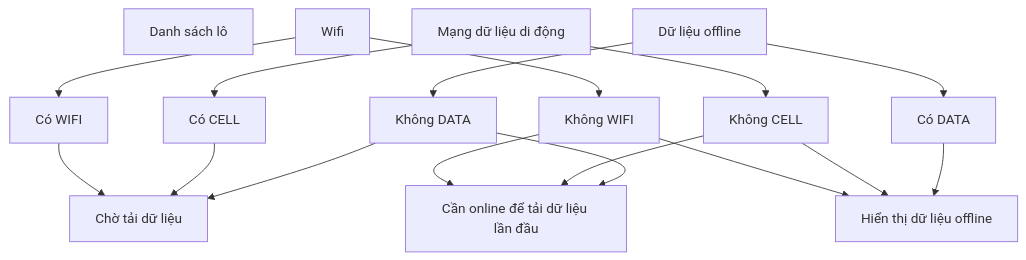
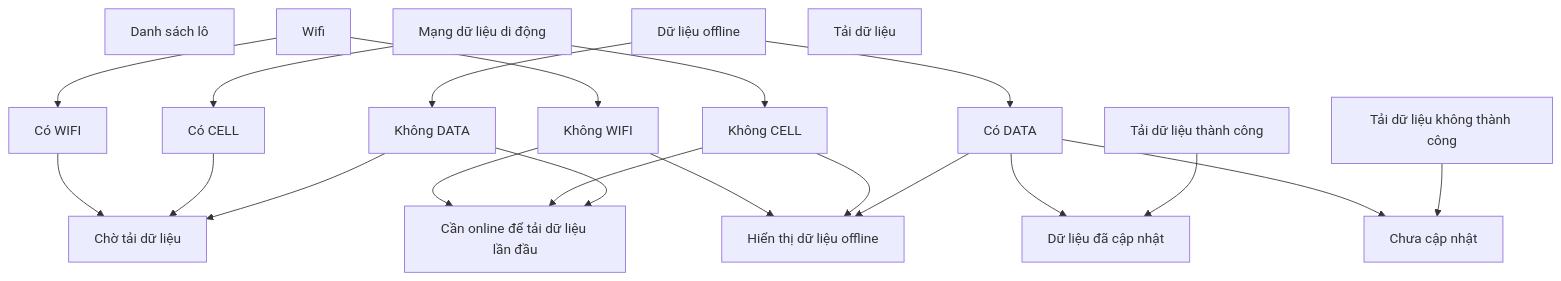
Before and after one commit to trethanhphat/tre-thanh-phat-pwa-docs: the diagram in docs/batches-flow.md, drawn with Mermaid.

````diff
--- a/docs/batches-flow.md
+++ b/docs/batches-flow.md
@@ -1,41 +1,52 @@
 ```mermaid
 flowchart TD
 A["Danh sách lô"]
 CELL["Mạng dữ liệu di động"]
 
 CELL --> CELL-Y["Có CELL"]
 CELL --> CELL-N["Không CELL"]
 
 WIFI["Wifi"]
 
 WIFI --> WIFI-Y["Có WIFI"]
 WIFI --> WIFI-N["Không WIFI"]
 
 DATA["Dữ liệu offline"]
 
 DATA --> DATA-Y["Có DATA"]
 DATA --> DATA-N["Không DATA"]
 
 
 
 EMPTY["Cần online để tải dữ liệu lần đầu"]
 
 WIFI-N --> EMPTY
 CELL-N --> EMPTY
 DATA-N --> EMPTY
 
 WAIT["Chờ tải dữ liệu"]
 
 WIFI-Y --> WAIT
 CELL-Y --> WAIT
 DATA-N --> WAIT
 
 
 OFFLINE["Hiển thị dữ liệu offline"]
 
 WIFI-N --> OFFLINE
 CELL-N --> OFFLINE
 DATA-Y --> OFFLINE
 
+FETCH["Tải dữ liệu"]
+FETCH-Y["Tải dữ liệu thành công"]
+FETCH-N["Tải dữ liệu không thành công"]
 
+SUCCESS["Dữ liệu đã cập nhật"]
+
+DATA-Y --> SUCCESS
+FETCH-Y --> SUCCESS
+
+FAIL["Chưa cập nhật"]
+DATA-Y --> FAIL
+FETCH-N --> FAIL
 ```
````
